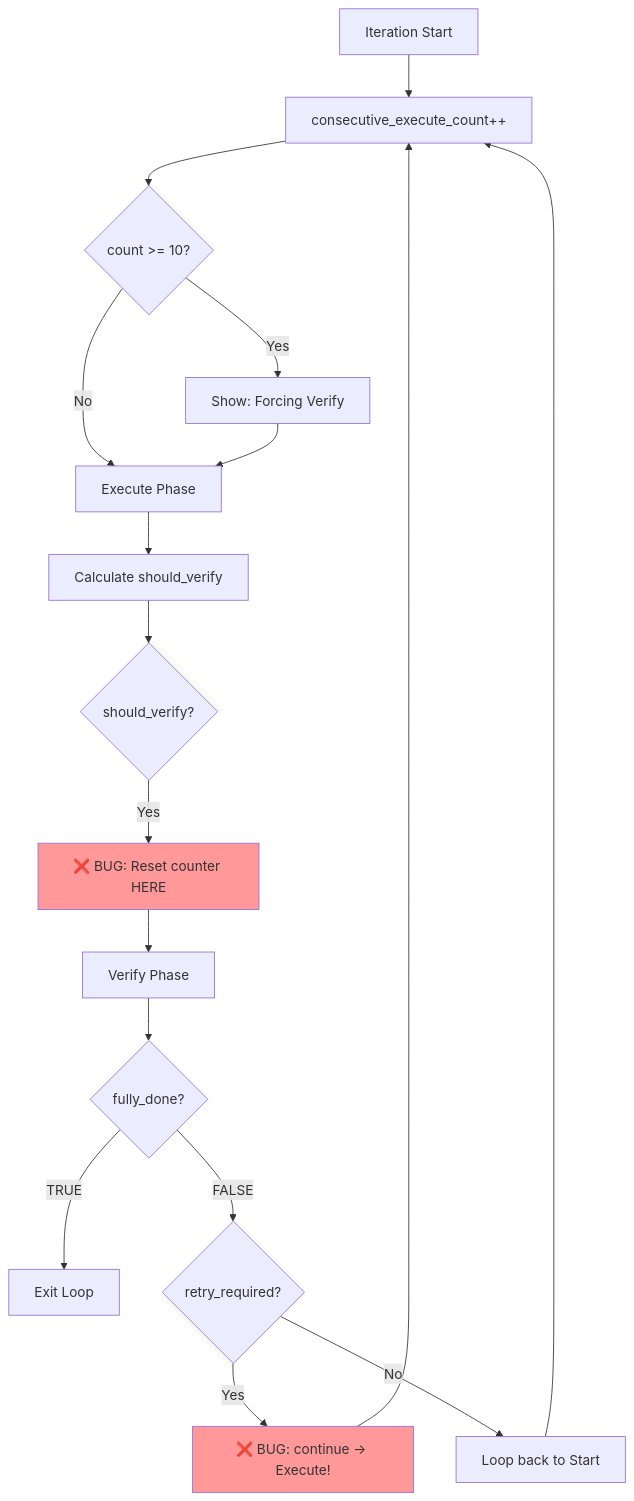
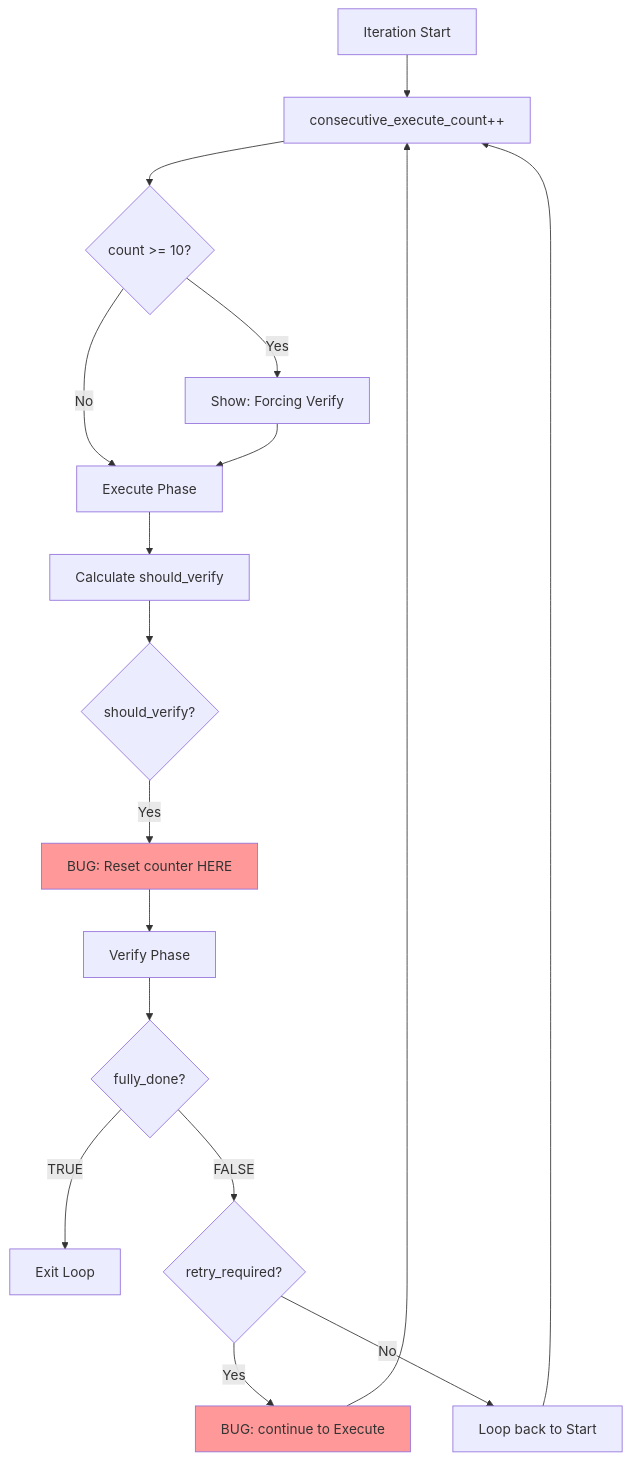
The first of 2 diagrams in ai-todolist.md (code-yeongyu/sisyphus-private), drawn with Mermaid before and after one commit. The commit also changed other lines of this file, not shown here.

````diff
--- a/ai-todolist.md
+++ b/ai-todolist.md
@@ -154,28 +154,28 @@
 ```mermaid
 graph TB
     Start[Iteration Start] --> IncCounter[consecutive_execute_count++]
     IncCounter --> CheckForce{count >= 10?}
 
     CheckForce -->|Yes| ShowForce[Show: Forcing Verify]
     CheckForce -->|No| Execute
     ShowForce --> Execute[Execute Phase]
 
     Execute --> CalcVerify[Calculate should_verify]
     CalcVerify --> VerifyCheck{should_verify?}
 
-    VerifyCheck -->|Yes| ResetCounter[❌ BUG: Reset counter HERE]
+    VerifyCheck -->|Yes| ResetCounter["BUG: Reset counter HERE"]
     ResetCounter --> Verify[Verify Phase]
 
     Verify --> CheckDone{fully_done?}
     CheckDone -->|TRUE| End[Exit Loop]
     CheckDone -->|FALSE| CheckRetry{retry_required?}
 
-    CheckRetry -->|Yes| RetryBug[❌ BUG: continue → Execute!]
+    CheckRetry -->|Yes| RetryBug["BUG: continue to Execute"]
     CheckRetry -->|No| LoopBack[Loop back to Start]
 
     RetryBug --> IncCounter
     LoopBack --> IncCounter
 
     style ResetCounter fill:#f99
     style RetryBug fill:#f99
 ```
````
